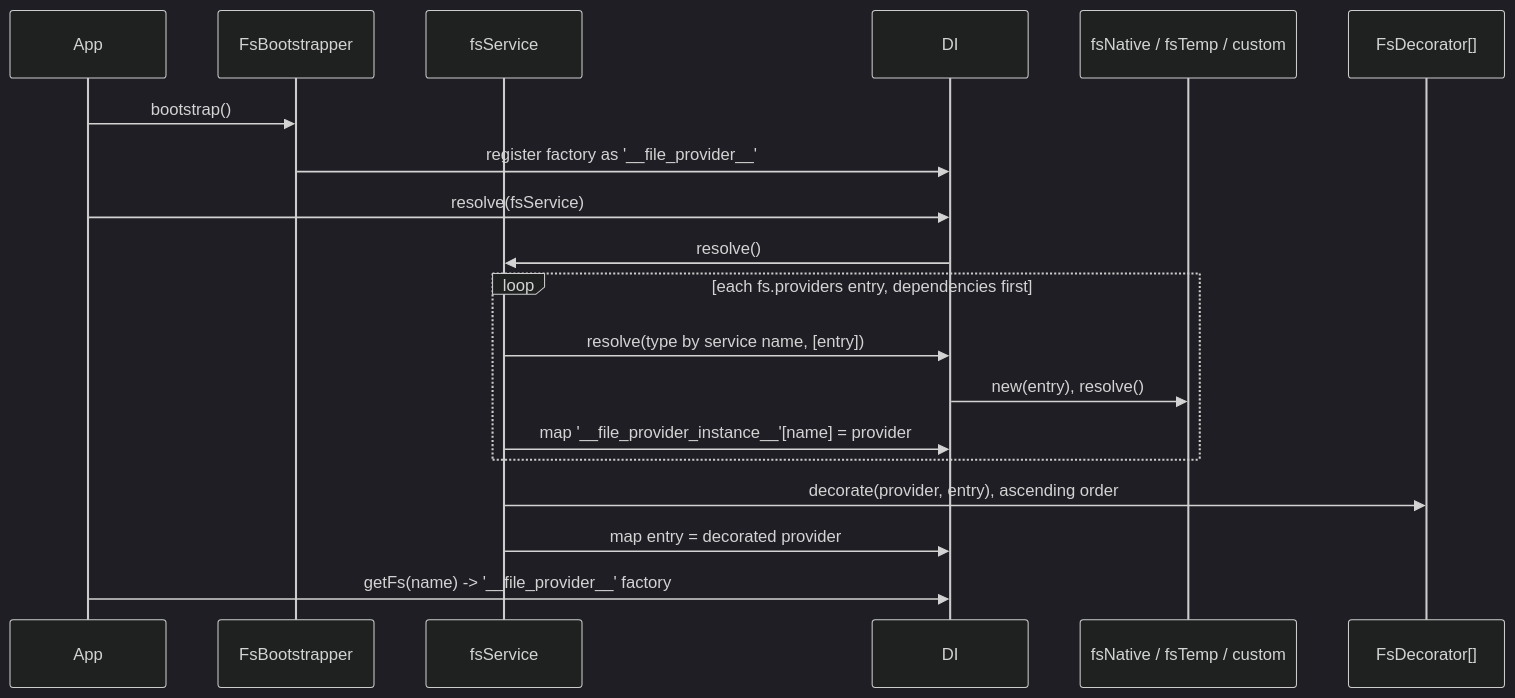
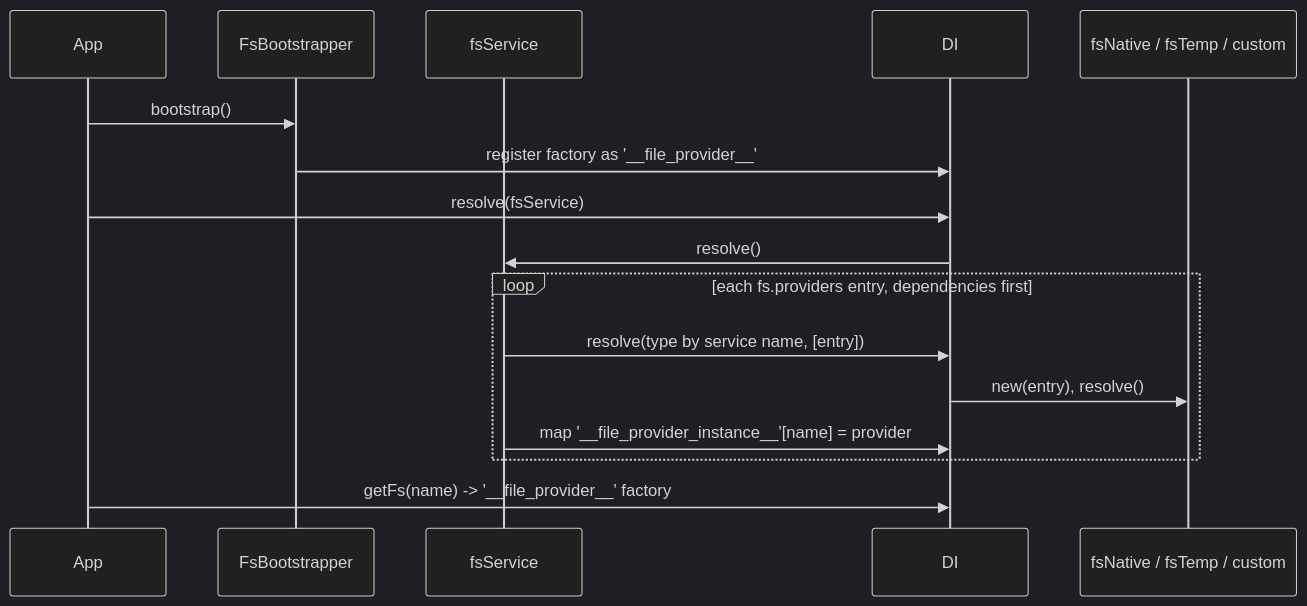
Before and after one commit to spinajs/main: the diagram in docs/fs/01-providers-and-configuration.md, drawn with Mermaid (dark theme). The commit also changed other lines of this file and 9 other files, not shown here.

Commit message:
docs(fs): middleware page replaces provider decorators

````diff
--- a/docs/fs/01-providers-and-configuration.md
+++ b/docs/fs/01-providers-and-configuration.md
@@ -17,21 +16,18 @@
 ```mermaid
 sequenceDiagram
   participant App
   participant FsBootstrapper
   participant fsService
   participant DI
   participant Provider as fsNative / fsTemp / custom
-  participant Decorators as FsDecorator[]
   App->>FsBootstrapper: bootstrap()
   FsBootstrapper->>DI: register factory as '__file_provider__'
   App->>DI: resolve(fsService)
   DI->>fsService: resolve()
   loop each fs.providers entry, dependencies first
     fsService->>DI: resolve(type by service name, [entry])
     DI->>Provider: new(entry), resolve()
     fsService->>DI: map '__file_provider_instance__'[name] = provider
   end
-  fsService->>Decorators: decorate(provider, entry), ascending order
-  fsService->>DI: map entry = decorated provider
   App->>DI: getFs(name) -> '__file_provider__' factory
 ```
````
